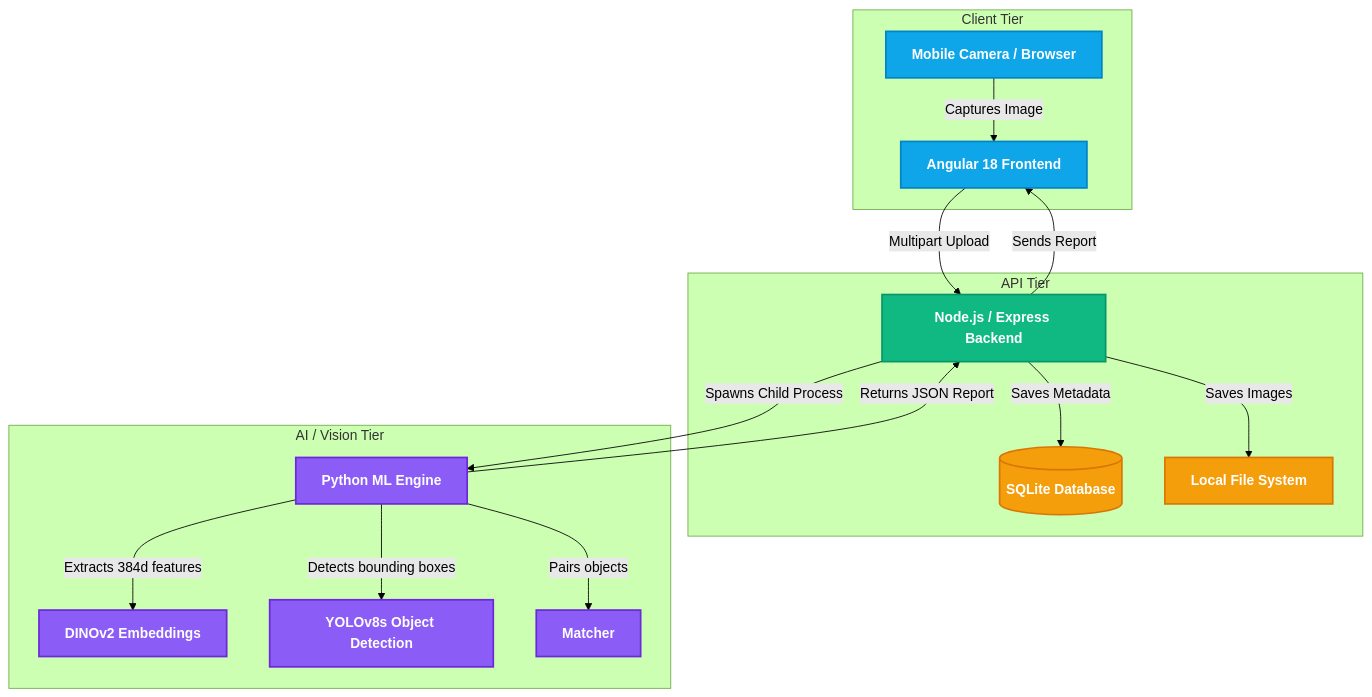
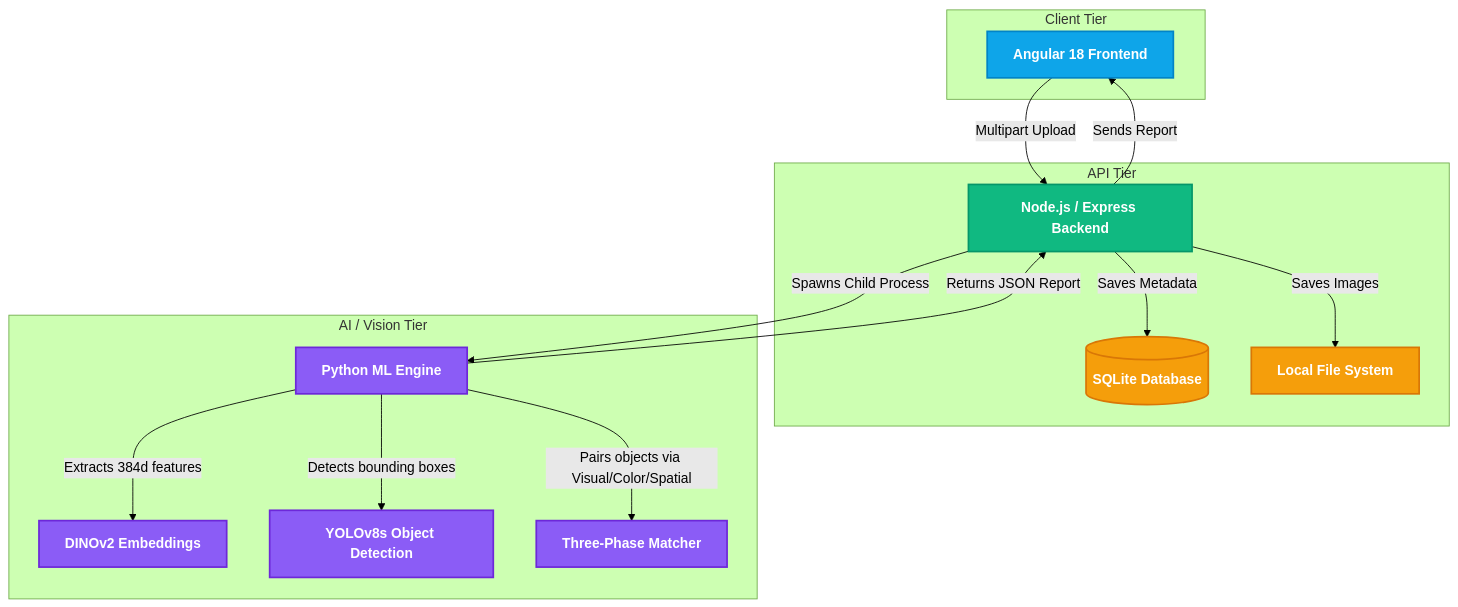
One commit to itzRohit45/Planogram changed the first of 2 diagrams in README.md. Above: the diagram before and after it, drawn with Mermaid (forest theme). The commit also changed other lines of this file and 7 other files, not shown here.

Commit message:
chore: remove ocr and aspect_ratio, update readme with Three-Phase matcher

````diff
--- a/README.md
+++ b/README.md
@@ -23,41 +26,39 @@
 ```mermaid
 graph TD
     %% Define Styles
     classDef frontend fill:#0ea5e9,stroke:#0284c7,stroke-width:2px,color:#fff,font-weight:bold;
     classDef backend fill:#10b981,stroke:#059669,stroke-width:2px,color:#fff,font-weight:bold;
     classDef ml fill:#8b5cf6,stroke:#6d28d9,stroke-width:2px,color:#fff,font-weight:bold;
     classDef db fill:#f59e0b,stroke:#d97706,stroke-width:2px,color:#fff,font-weight:bold;
     
     %% Nodes
     subgraph "Client Tier"
         A[Angular 18 Frontend]:::frontend
-        Device[Mobile Camera / Browser]:::frontend
     end
 
     subgraph "API Tier"
         B[Node.js / Express Backend]:::backend
         DB[(SQLite Database)]:::db
         Files[Local File System]:::db
     end
 
     subgraph "AI / Vision Tier"
         C[Python ML Engine]:::ml
         Dino[DINOv2 Embeddings]:::ml
         Yolo[YOLOv8s Object Detection]:::ml
-        Hungarian[Matcher]:::ml
+        ThreePhase[Three-Phase Matcher]:::ml
     end
 
     %% Relationships
-    Device -->|Captures Image| A
     A -->|Multipart Upload| B
     B -->|Saves Metadata| DB
     B -->|Saves Images| Files
     B -->|Spawns Child Process| C
     
     C -->|Detects bounding boxes| Yolo
     C -->|Extracts 384d features| Dino
-    C -->|Pairs objects| Hungarian
+    C -->|Pairs objects via Visual/Color/Spatial| ThreePhase
     
     C -->|Returns JSON Report| B
     B -->|Sends Report| A
 ```
````
